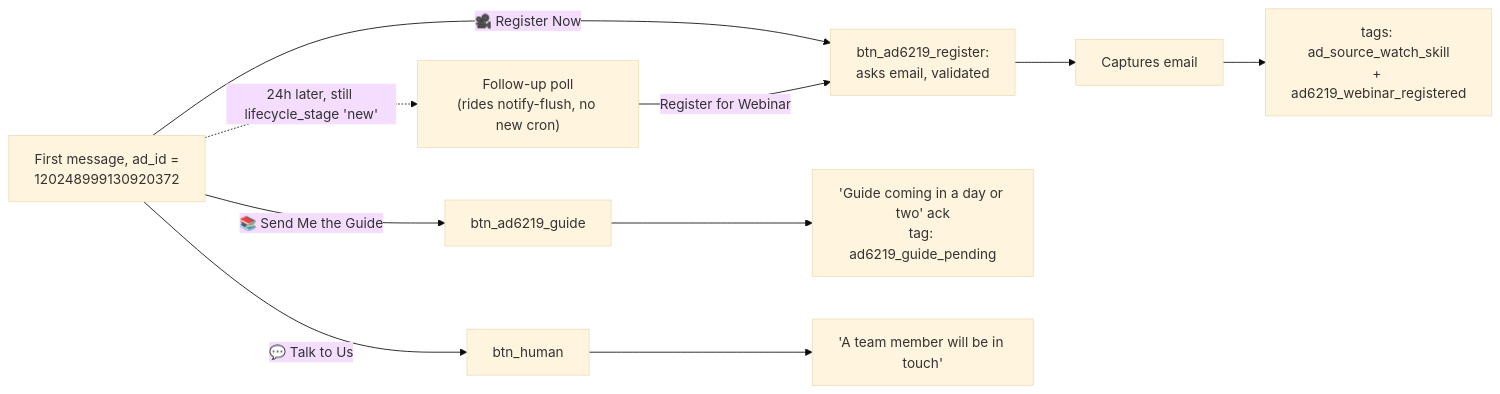
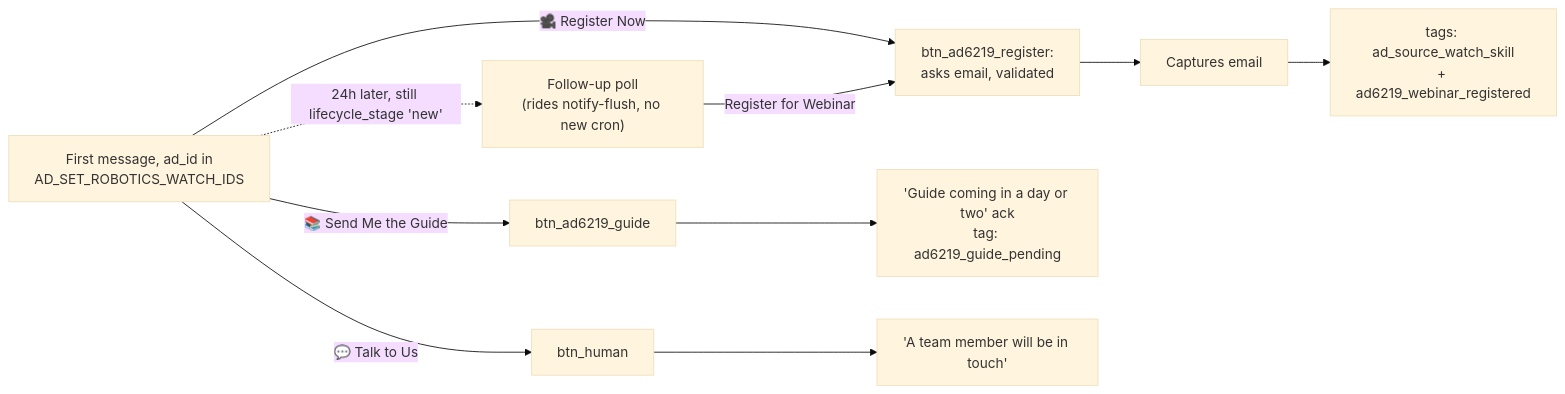
One commit to TeacherAlfred/rad-pioneer-lms changed the second of 8 diagrams in docs/artifacts/lead-funnel-automation-map.md. Above: the diagram before and after it, drawn with Mermaid (base theme). The commit also changed other lines of this file and 2 other files, not shown here.

First line of the commit message:
Broaden the robotics-watch ad flow to its full ad set

````diff
--- a/docs/artifacts/lead-funnel-automation-map.md
+++ b/docs/artifacts/lead-funnel-automation-map.md
@@ -77,15 +82,15 @@
 ```mermaid
 flowchart LR
-    A["First message, ad_id =<br/>120248999130920372"] -->|🎥 Register Now| B[btn_ad6219_register:<br/>asks email, validated]
+    A["First message, ad_id in<br/>AD_SET_ROBOTICS_WATCH_IDS"] -->|🎥 Register Now| B[btn_ad6219_register:<br/>asks email, validated]
     B --> C[Captures email]
     C --> D["tags: ad_source_watch_skill<br/>+ ad6219_webinar_registered"]
 
     A -->|📚 Send Me the Guide| E[btn_ad6219_guide]
     E --> F["'Guide coming in a day or two' ack<br/>tag: ad6219_guide_pending"]
 
     A -->|💬 Talk to Us| G[btn_human]
     G --> H["'A team member will be in touch'"]
 
     A -.->|24h later, still lifecycle_stage 'new'| I["Follow-up poll<br/>(rides notify-flush, no new cron)"]
     I -->|Register for Webinar| B
 ```
````
